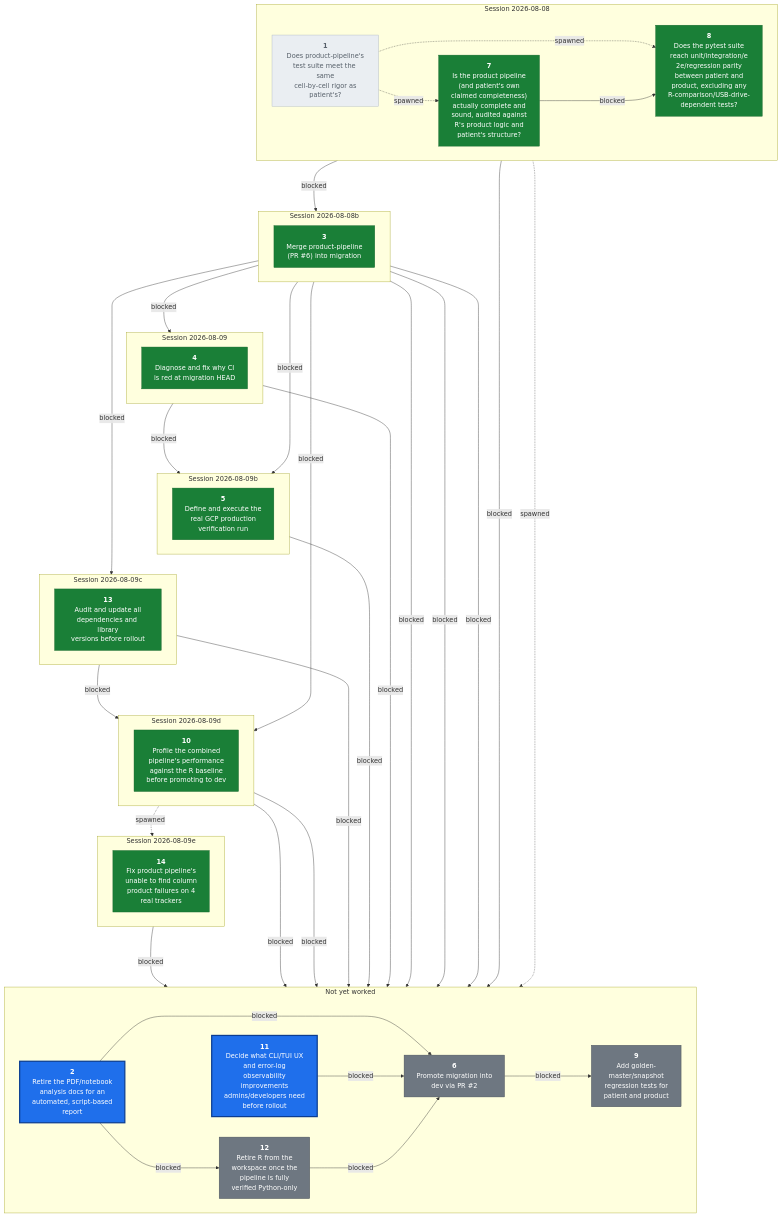
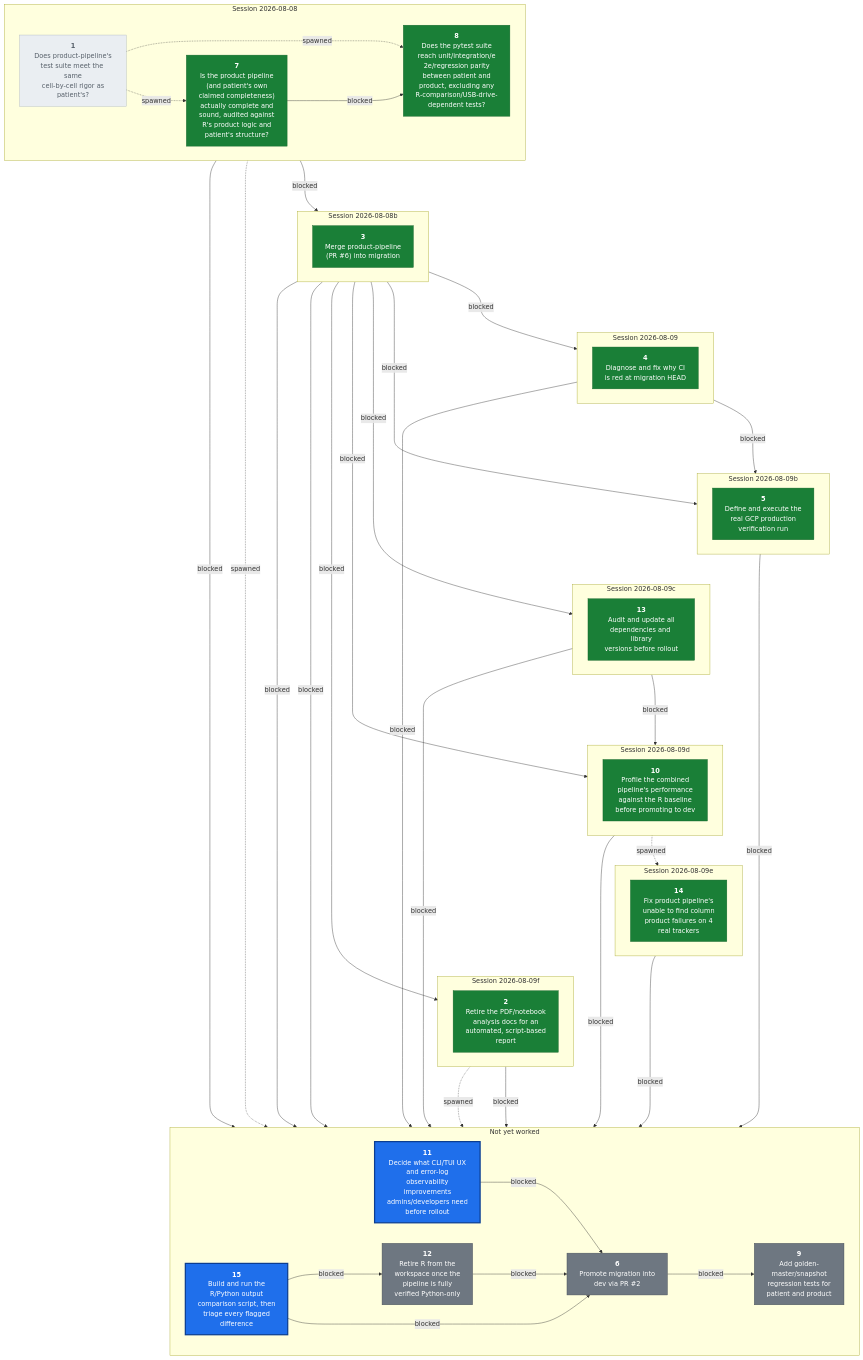
One commit to CorrelAid/a4d changed the diagram in docs/wayfinder/route.mmd. Above: the diagram before and after it, drawn with Mermaid. The commit also changed 10 other files, not shown here.

First line of the commit message:
Close ticket 2 (comparison-doc strategy), spawn ticket 15 to build/run it

```diff
--- a/docs/wayfinder/route.mmd
+++ b/docs/wayfinder/route.mmd
@@ -1,84 +1,90 @@
 flowchart TB
   subgraph S2026_08_08["Session 2026-08-08"]
     direction LR
     U1["<b>1</b><br/>Does product-pipeline's<br/>test suite meet the same<br/>cell-by-cell rigor as<br/>patient's?"]
     U7["<b>7</b><br/>Is the product pipeline<br/>(and patient's own<br/>claimed completeness)<br/>actually complete and<br/>sound, audited against<br/>R's product logic and<br/>patient's structure?"]
     U8["<b>8</b><br/>Does the pytest suite<br/>reach unit/integration/e<br/>2e/regression parity<br/>between patient and<br/>product, excluding any<br/>R-comparison/USB-drive-<br/>dependent tests?"]
   end
   subgraph S2026_08_08b["Session 2026-08-08b"]
     direction LR
     U3["<b>3</b><br/>Merge product-pipeline<br/>(PR #6) into migration"]
   end
   subgraph S2026_08_09["Session 2026-08-09"]
     direction LR
     U4["<b>4</b><br/>Diagnose and fix why CI<br/>is red at migration HEAD"]
   end
   subgraph S2026_08_09b["Session 2026-08-09b"]
     direction LR
     U5["<b>5</b><br/>Define and execute the<br/>real GCP production<br/>verification run"]
   end
   subgraph S2026_08_09c["Session 2026-08-09c"]
     direction LR
     U13["<b>13</b><br/>Audit and update all<br/>dependencies and library<br/>versions before rollout"]
   end
   subgraph S2026_08_09d["Session 2026-08-09d"]
     direction LR
     U10["<b>10</b><br/>Profile the combined<br/>pipeline's performance<br/>against the R baseline<br/>before promoting to dev"]
   end
   subgraph S2026_08_09e["Session 2026-08-09e"]
     direction LR
     U14["<b>14</b><br/>Fix product pipeline's<br/>unable to find column<br/>product failures on 4<br/>real trackers"]
   end
+  subgraph S2026_08_09f["Session 2026-08-09f"]
+    direction LR
+    U2["<b>2</b><br/>Retire the PDF/notebook<br/>analysis docs for an<br/>automated, script-based<br/>report"]
+  end
   subgraph Sopen["Not yet worked"]
     direction LR
-    U2["<b>2</b><br/>Retire the PDF/notebook<br/>analysis docs for an<br/>automated, script-based<br/>report"]
     U6["<b>6</b><br/>Promote migration into<br/>dev via PR #2"]
     U9["<b>9</b><br/>Add golden-<br/>master/snapshot<br/>regression tests for<br/>patient and product"]
     U11["<b>11</b><br/>Decide what CLI/TUI UX<br/>and error-log<br/>observability<br/>improvements<br/>admins/developers need<br/>before rollout"]
     U12["<b>12</b><br/>Retire R from the<br/>workspace once the<br/>pipeline is fully<br/>verified Python-only"]
+    U15["<b>15</b><br/>Build and run the<br/>R/Python output<br/>comparison script, then<br/>triage every flagged<br/>difference"]
   end
 
   S2026_08_08 ~~~ S2026_08_08b
   S2026_08_08b ~~~ S2026_08_09
   S2026_08_09 ~~~ S2026_08_09b
   S2026_08_09b ~~~ S2026_08_09c
   S2026_08_09c ~~~ S2026_08_09d
   S2026_08_09d ~~~ S2026_08_09e
-  S2026_08_09e ~~~ Sopen
+  S2026_08_09e ~~~ S2026_08_09f
+  S2026_08_09f ~~~ Sopen
 
   U3 --->|blocked| U2
   U8 --->|blocked| U3
   U3 --->|blocked| U4
   U3 --->|blocked| U5
   U4 --->|blocked| U5
   U8 --->|blocked| U6
-  U2 --->|blocked| U6
   U3 --->|blocked| U6
   U4 --->|blocked| U6
   U5 --->|blocked| U6
   U10 --->|blocked| U6
   U11 --->|blocked| U6
   U12 --->|blocked| U6
   U13 --->|blocked| U6
   U14 --->|blocked| U6
+  U15 --->|blocked| U6
   U1 -.->|spawned| U7
   U1 -.->|spawned| U8
   U7 --->|blocked| U8
   U8 -.->|spawned| U9
   U6 --->|blocked| U9
   U3 --->|blocked| U10
   U13 --->|blocked| U10
   U3 --->|blocked| U11
-  U2 --->|blocked| U12
-  U10 --->|blocked| U12
+  U15 --->|blocked| U12
   U3 --->|blocked| U13
   U10 -.->|spawned| U14
+  U2 -.->|spawned| U15
+  U2 --->|blocked| U15
 
   classDef tfrontier fill:#1f6feb,stroke:#0b3d91,stroke-width:3px,color:#ffffff
-  class U2,U11 tfrontier
+  class U11,U15 tfrontier
   classDef tblocked fill:#6e7781,stroke:#424a53,stroke-width:1px,color:#ffffff
   class U6,U9,U12 tblocked
   classDef tdecided fill:#1a7f37,stroke:#116329,stroke-width:1px,color:#ffffff
-  class U3,U4,U5,U7,U8,U10,U13,U14 tdecided
+  class U2,U3,U4,U5,U7,U8,U10,U13,U14 tdecided
   classDef tdropped fill:#eaeef2,stroke:#afb8c1,stroke-width:1px,color:#57606a
   class U1 tdropped
```
